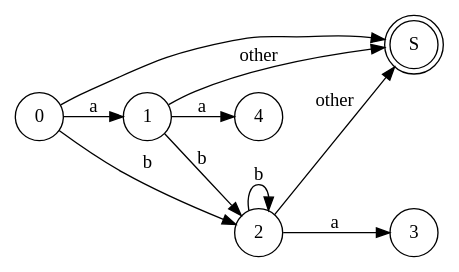
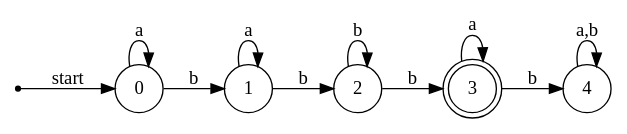
Before and after one commit to AdamChenNo1/Compilers-Principles-Techniques-and-Tools: the fourth of 7 diagrams in chatper-3.md, drawn with Graphviz. The commit also changed other lines of this file and 2 other files, not shown here.

````diff
--- a/chatper-3.md
+++ b/chatper-3.md
@@ -310,19 +372,21 @@
 ```graphviz
 digraph finite_state_machine {
     rankdir=LR;
     size="10,5"
 
-    node [shape = doublecircle]; S;
+    node [shape = point]; i;
+    node [shape = doublecircle]; 3;
 
     node [shape = circle];
-    0 -> 1 [ label = "a" ];
-    1 -> S [ label = "other" ];
-    1 -> 4 [ label = "a" ];
+    i -> 0 [ label = "start" ];
+    0 -> 0 [ label = "a" ];
+    0 -> 1 [ label = "b" ];
+    1 -> 1 [ label = "a" ];
     1 -> 2 [ label = "b" ];
-    0 -> 2  [ label = "b" ];
-    2 -> 2  [ label = "b" ];
-    2 -> 3  [ label = "a" ];
-    2 -> S [ label = "other" ];
-    0 -> S
+    2 -> 2 [ label = "b" ];
+    2 -> 3 [ label = "b" ];
+    3 -> 3 [ label = "a" ];
+    3 -> 4 [ label = "b" ];
+    4 -> 4 [ label = "a,b" ];
 }
 ```
````
